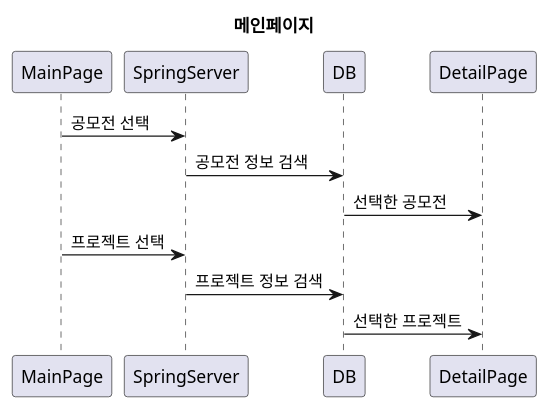
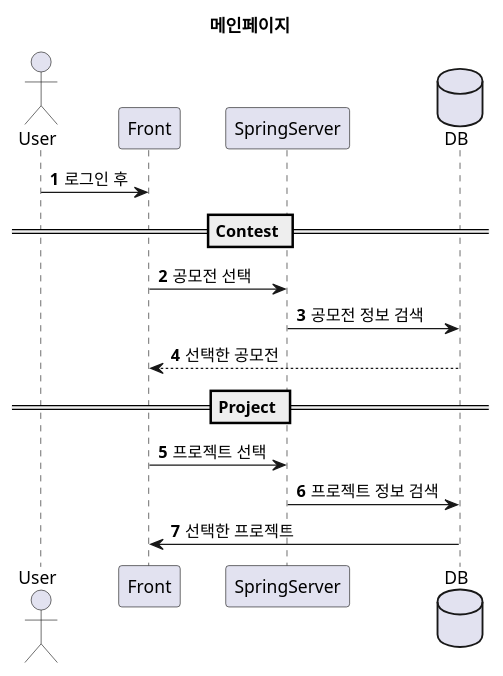
One commit to worldforest/MIT-myitteam changed the fifth of 9 diagrams in frontend/src/views/MIT(SSD).wsd. Above: the diagram before and after it, drawn with PlantUML. The commit also changed other lines of this file, not shown here.

```diff
--- a/frontend/src/views/MIT(SSD).wsd
+++ b/frontend/src/views/MIT(SSD).wsd
@@ -29,9 +49,15 @@
 @startuml
 title 메인페이지
-MainPage->SpringServer:공모전 선택
+autonumber
+actor User
+User->Front:로그인 후
+== Contest ==
+Front->SpringServer:공모전 선택
+database DB
 SpringServer->DB:공모전 정보 검색
-DB->DetailPage:선택한 공모전
-MainPage->SpringServer:프로젝트 선택
+DB-->Front:선택한 공모전
+== Project ==
+Front->SpringServer:프로젝트 선택
 SpringServer->DB:프로젝트 정보 검색
-DB->DetailPage:선택한 프로젝트
+DB->Front:선택한 프로젝트
 @enduml
```
